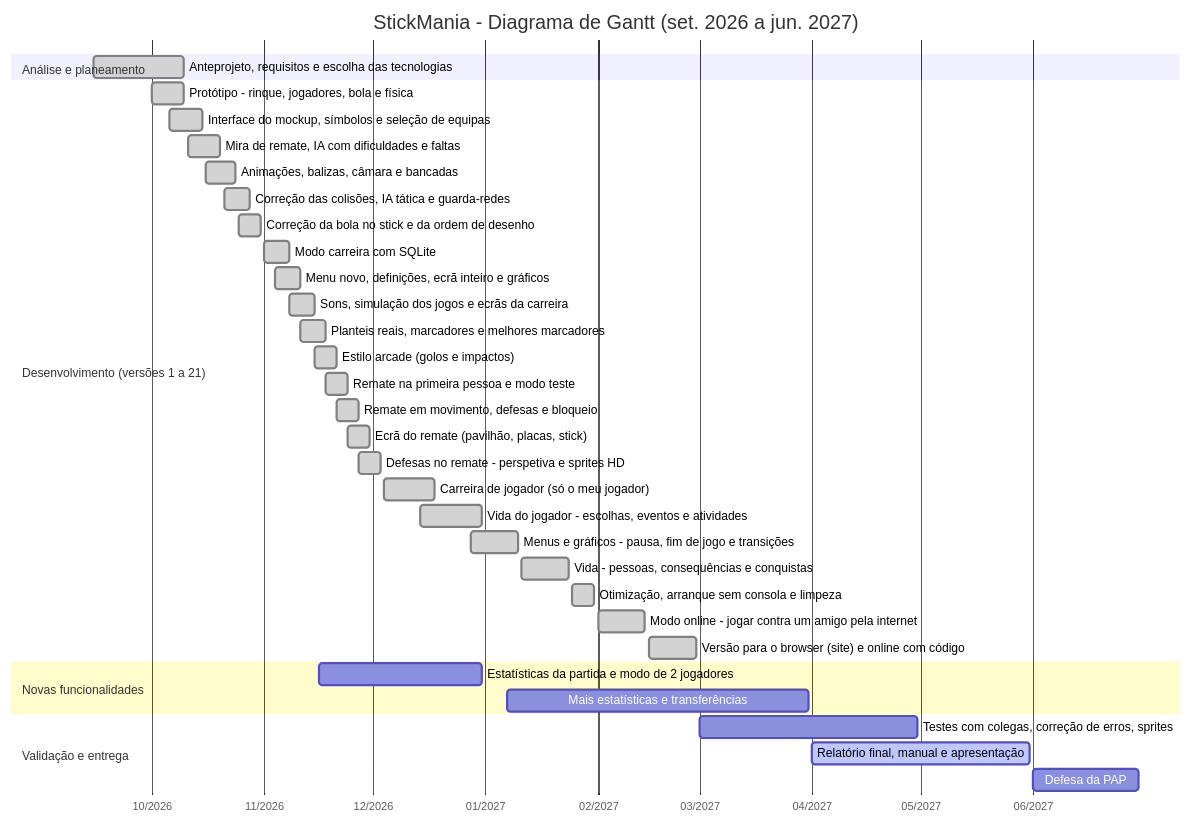
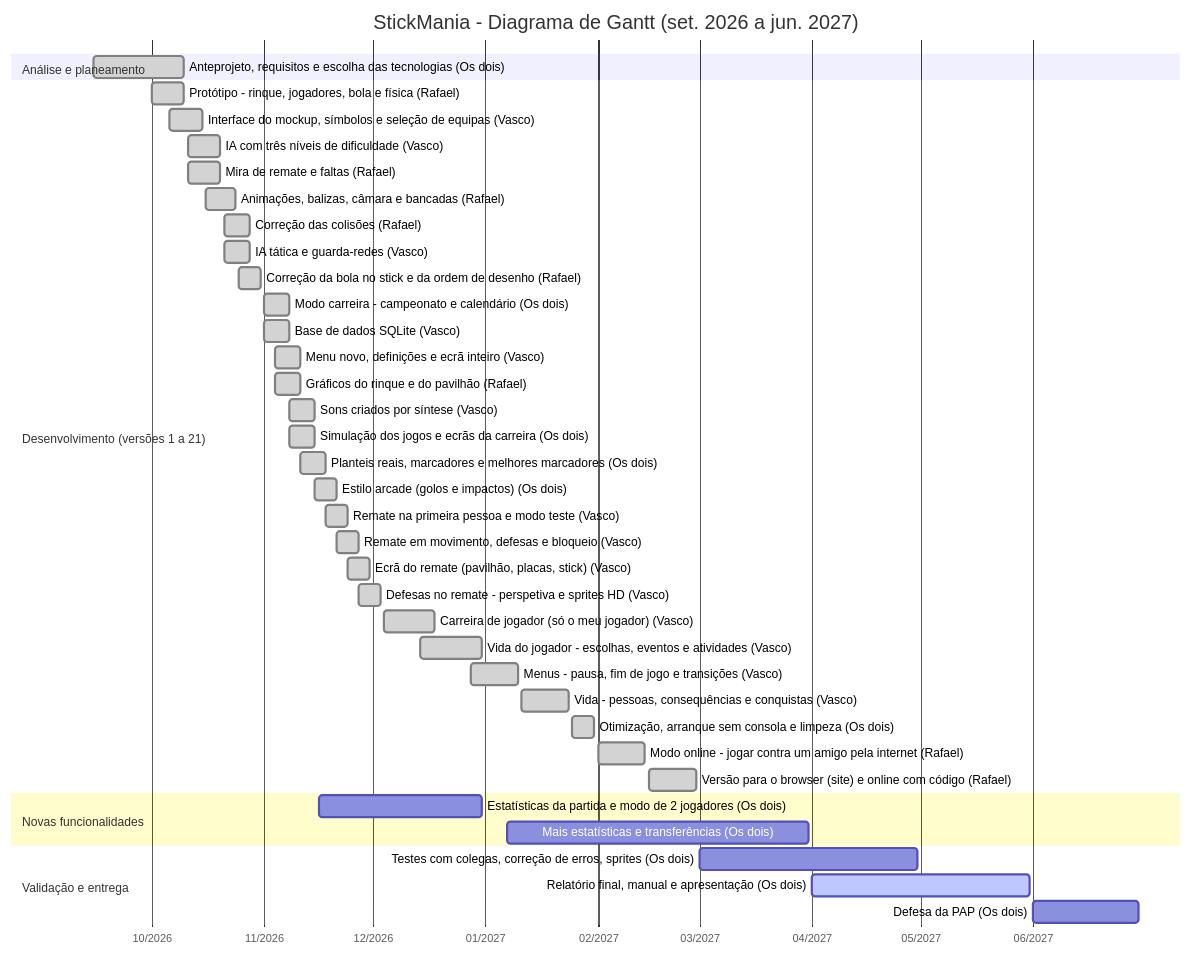
The diagram in docs/GANTT.md (RafaelSilveira23/Stickmaniapap), drawn with Mermaid before and after one commit. The commit also changed other lines of this file and 9 other files, not shown here.

First line of the commit message:
docs: Gantt com a divisao de tarefas

````diff
--- a/docs/GANTT.md
+++ b/docs/GANTT.md
@@ -11,40 +13,45 @@
 ```mermaid
 gantt
     title StickMania - Diagrama de Gantt (set. 2026 a jun. 2027)
     dateFormat YYYY-MM-DD
     axisFormat %m/%Y
     tickInterval 1month
     todayMarker off
     section Análise e planeamento
-    Anteprojeto, requisitos e escolha das tecnologias :done, t1, 2026-09-15, 2026-10-10
+    Anteprojeto, requisitos e escolha das tecnologias (Os dois) :done, t1, 2026-09-15, 2026-10-10
     section Desenvolvimento (versões 1 a 21)
-    Protótipo - rinque, jogadores, bola e física :done, t2, 2026-10-01, 2026-10-10
-    Interface do mockup, símbolos e seleção de equipas :done, t3, 2026-10-06, 2026-10-15
-    Mira de remate, IA com dificuldades e faltas :done, t4, 2026-10-11, 2026-10-20
-    Animações, balizas, câmara e bancadas :done, t5, 2026-10-16, 2026-10-24
-    Correção das colisões, IA tática e guarda-redes :done, t6, 2026-10-21, 2026-10-28
-    Correção da bola no stick e da ordem de desenho :done, t7, 2026-10-25, 2026-10-31
-    Modo carreira com SQLite :done, t8, 2026-11-01, 2026-11-08
-    Menu novo, definições, ecrã inteiro e gráficos :done, t9, 2026-11-04, 2026-11-11
-    Sons, simulação dos jogos e ecrãs da carreira :done, t10, 2026-11-08, 2026-11-15
-    Planteis reais, marcadores e melhores marcadores :done, t11, 2026-11-11, 2026-11-18
-    Estilo arcade (golos e impactos) :done, t12, 2026-11-15, 2026-11-21
-    Remate na primeira pessoa e modo teste :done, t13, 2026-11-18, 2026-11-24
-    Remate em movimento, defesas e bloqueio :done, t14, 2026-11-21, 2026-11-27
-    Ecrã do remate (pavilhão, placas, stick) :done, t15, 2026-11-24, 2026-11-30
-    Defesas no remate - perspetiva e sprites HD :done, t16, 2026-11-27, 2026-12-03
-    Carreira de jogador (só o meu jogador) :done, t17, 2026-12-04, 2026-12-18
-    Vida do jogador - escolhas, eventos e atividades :done, t18, 2026-12-14, 2026-12-31
-    Menus e gráficos - pausa, fim de jogo e transições :done, t19, 2026-12-28, 2027-01-10
-    Vida - pessoas, consequências e conquistas :done, t20, 2027-01-11, 2027-01-24
-    Otimização, arranque sem consola e limpeza :done, t21, 2027-01-25, 2027-01-31
-    Modo online - jogar contra um amigo pela internet :done, t22, 2027-02-01, 2027-02-14
-    Versão para o browser (site) e online com código :done, t23, 2027-02-15, 2027-02-28
+    Protótipo - rinque, jogadores, bola e física (Rafael) :done, t2, 2026-10-01, 2026-10-10
+    Interface do mockup, símbolos e seleção de equipas (Vasco) :done, t3, 2026-10-06, 2026-10-15
+    IA com três níveis de dificuldade (Vasco) :done, t4, 2026-10-11, 2026-10-20
+    Mira de remate e faltas (Rafael) :done, t5, 2026-10-11, 2026-10-20
+    Animações, balizas, câmara e bancadas (Rafael) :done, t6, 2026-10-16, 2026-10-24
+    Correção das colisões (Rafael) :done, t7, 2026-10-21, 2026-10-28
+    IA tática e guarda-redes (Vasco) :done, t8, 2026-10-21, 2026-10-28
+    Correção da bola no stick e da ordem de desenho (Rafael) :done, t9, 2026-10-25, 2026-10-31
+    Modo carreira - campeonato e calendário (Os dois) :done, t10, 2026-11-01, 2026-11-08
+    Base de dados SQLite (Vasco) :done, t11, 2026-11-01, 2026-11-08
+    Menu novo, definições e ecrã inteiro (Vasco) :done, t12, 2026-11-04, 2026-11-11
+    Gráficos do rinque e do pavilhão (Rafael) :done, t13, 2026-11-04, 2026-11-11
+    Sons criados por síntese (Vasco) :done, t14, 2026-11-08, 2026-11-15
+    Simulação dos jogos e ecrãs da carreira (Os dois) :done, t15, 2026-11-08, 2026-11-15
+    Planteis reais, marcadores e melhores marcadores (Os dois) :done, t16, 2026-11-11, 2026-11-18
+    Estilo arcade (golos e impactos) (Os dois) :done, t17, 2026-11-15, 2026-11-21
+    Remate na primeira pessoa e modo teste (Vasco) :done, t18, 2026-11-18, 2026-11-24
+    Remate em movimento, defesas e bloqueio (Vasco) :done, t19, 2026-11-21, 2026-11-27
+    Ecrã do remate (pavilhão, placas, stick) (Vasco) :done, t20, 2026-11-24, 2026-11-30
+    Defesas no remate - perspetiva e sprites HD (Vasco) :done, t21, 2026-11-27, 2026-12-03
+    Carreira de jogador (só o meu jogador) (Vasco) :done, t22, 2026-12-04, 2026-12-18
+    Vida do jogador - escolhas, eventos e atividades (Vasco) :done, t23, 2026-12-14, 2026-12-31
+    Menus - pausa, fim de jogo e transições (Vasco) :done, t24, 2026-12-28, 2027-01-10
+    Vida - pessoas, consequências e conquistas (Vasco) :done, t25, 2027-01-11, 2027-01-24
+    Otimização, arranque sem consola e limpeza (Os dois) :done, t26, 2027-01-25, 2027-01-31
+    Modo online - jogar contra um amigo pela internet (Rafael) :done, t27, 2027-02-01, 2027-02-14
+    Versão para o browser (site) e online com código (Rafael) :done, t28, 2027-02-15, 2027-02-28
     section Novas funcionalidades
-    Estatísticas da partida e modo de 2 jogadores :t24, 2026-11-16, 2026-12-31
-    Mais estatísticas e transferências :t25, 2027-01-07, 2027-03-31
+    Estatísticas da partida e modo de 2 jogadores (Os dois) :t29, 2026-11-16, 2026-12-31
+    Mais estatísticas e transferências (Os dois) :t30, 2027-01-07, 2027-03-31
     section Validação e entrega
-    Testes com colegas, correção de erros, sprites :t26, 2027-03-01, 2027-04-30
-    Relatório final, manual e apresentação :active, t27, 2027-04-01, 2027-05-31
-    Defesa da PAP :t28, 2027-06-01, 2027-06-30
+    Testes com colegas, correção de erros, sprites (Os dois) :t31, 2027-03-01, 2027-04-30
+    Relatório final, manual e apresentação (Os dois) :active, t32, 2027-04-01, 2027-05-31
+    Defesa da PAP (Os dois) :t33, 2027-06-01, 2027-06-30
 ```
````
